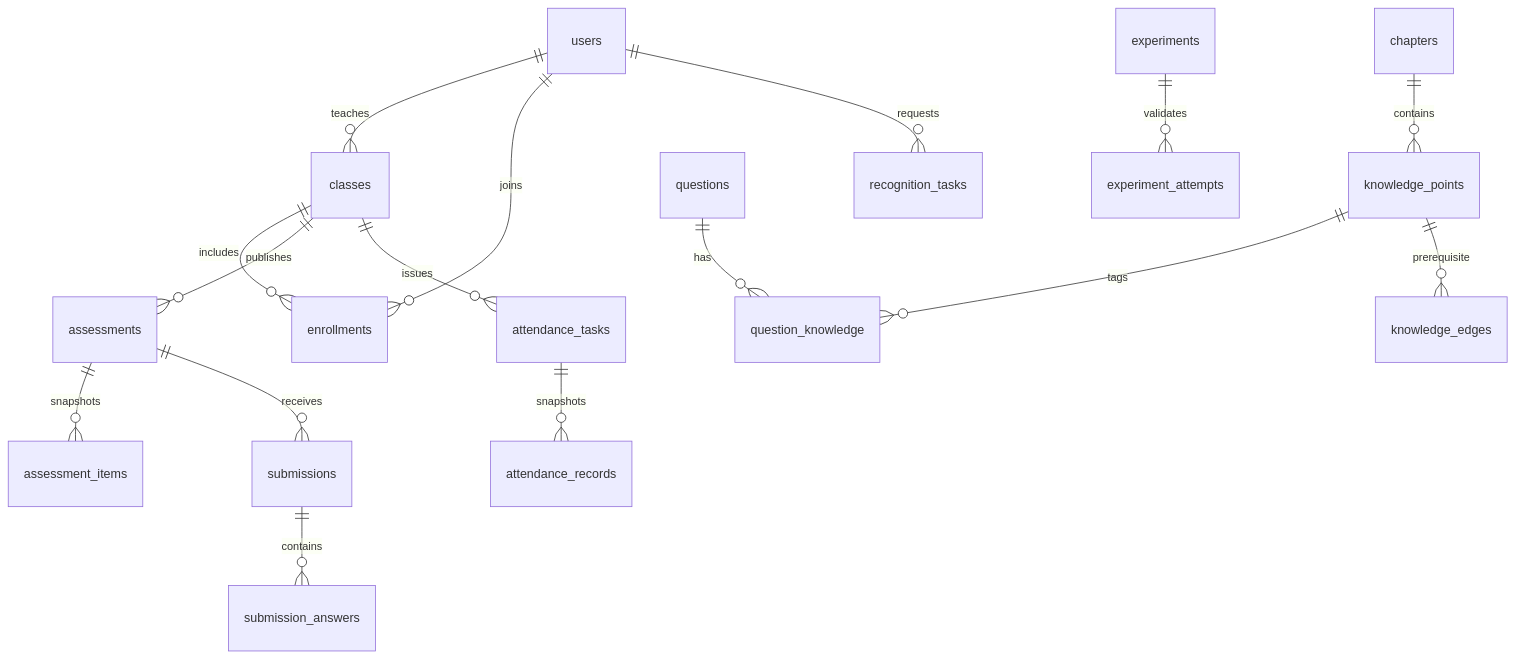
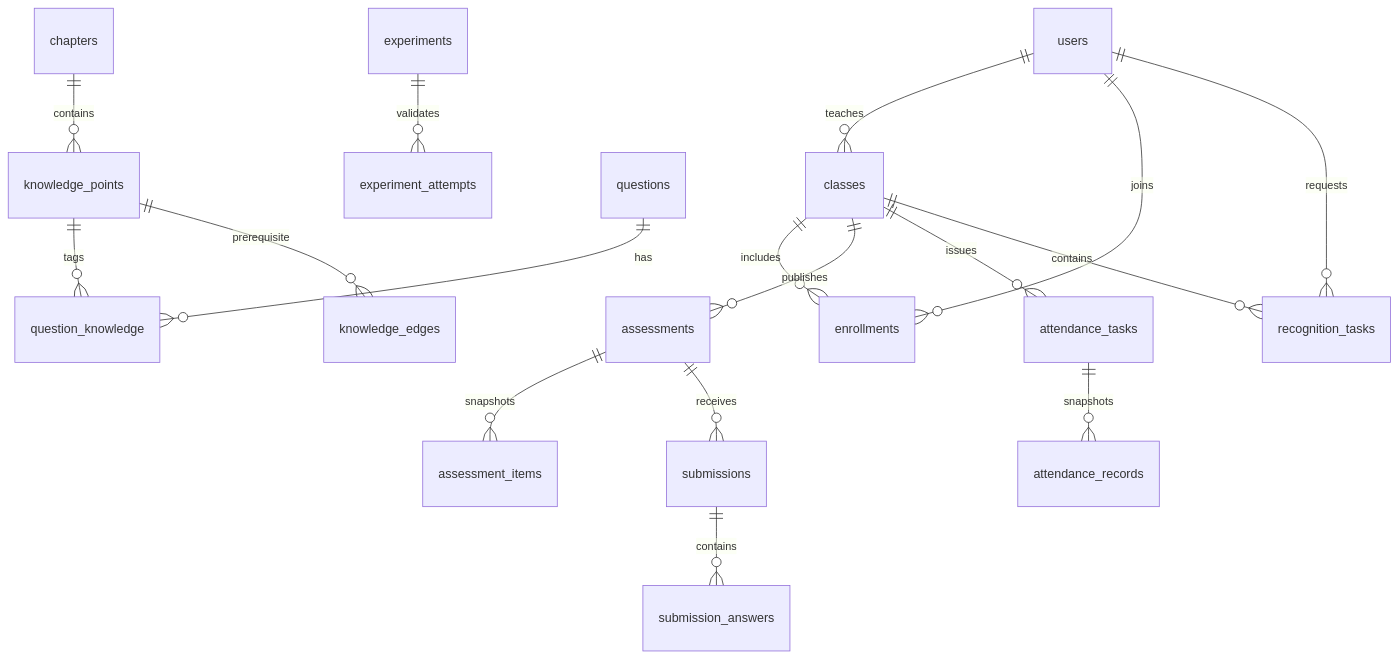
One commit to jzcool666/web-homework changed the diagram in DBD.md. Above: the diagram before and after it, drawn with Mermaid. The commit also changed other lines of this file and 8 other files, not shown here.

Commit message:
docs(scope): 固定图谱与识别接口的验收契约

````diff
--- a/DBD.md
+++ b/DBD.md
@@ -90,18 +90,19 @@
 ```mermaid
 erDiagram
   users ||--o{ classes : teaches
   users ||--o{ enrollments : joins
   classes ||--o{ enrollments : includes
   chapters ||--o{ knowledge_points : contains
   knowledge_points ||--o{ question_knowledge : tags
   questions ||--o{ question_knowledge : has
   classes ||--o{ assessments : publishes
   assessments ||--o{ assessment_items : snapshots
   assessments ||--o{ submissions : receives
   submissions ||--o{ submission_answers : contains
   classes ||--o{ attendance_tasks : issues
   attendance_tasks ||--o{ attendance_records : snapshots
   experiments ||--o{ experiment_attempts : validates
   knowledge_points ||--o{ knowledge_edges : prerequisite
   users ||--o{ recognition_tasks : requests
+  classes ||--o{ recognition_tasks : contains
 ```
````
